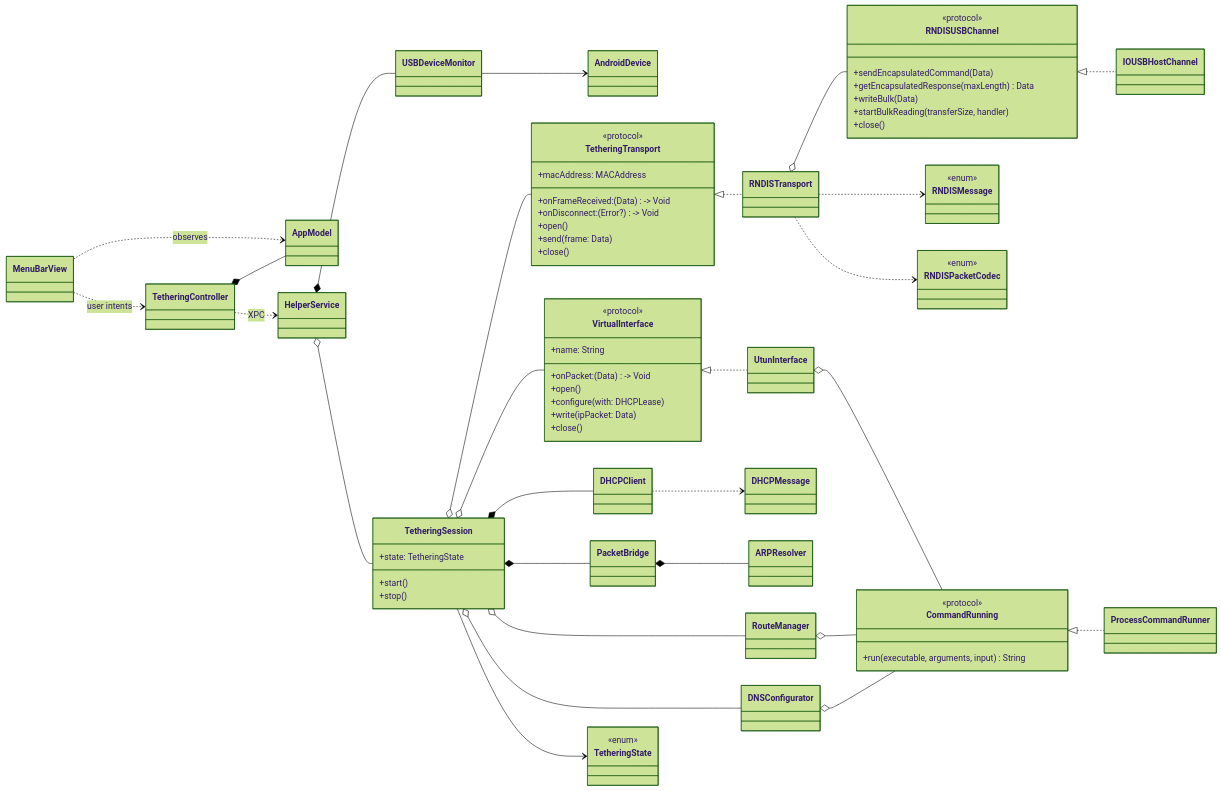
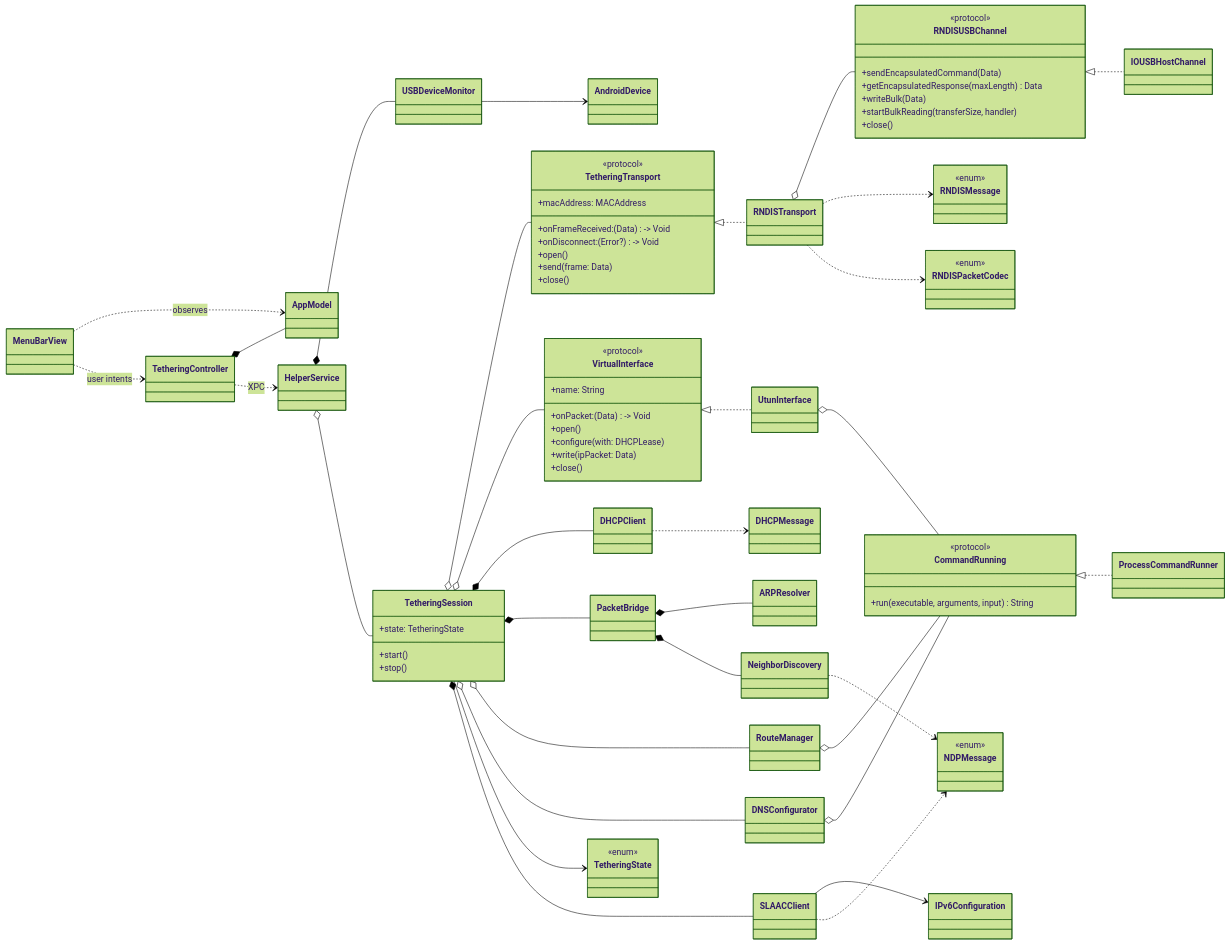
One commit to aedkymish/AndroidUSBTethering changed the diagram in docs/architecture.md. Above: the diagram before and after it, drawn with Mermaid (forest theme). The commit also changed other lines of this file and 20 other files, not shown here.

First line of the commit message:
Add IPv6 support (SLAAC, Neighbor Discovery, RDNSS)

```diff
--- a/docs/architecture.md
+++ b/docs/architecture.md
@@ -100,6 +113,12 @@
     }
     class PacketBridge
     class ARPResolver
+    class NeighborDiscovery
+    class SLAACClient
+    class IPv6Configuration
+    class NDPMessage {
+        <<enum>>
+    }
     class DHCPClient
     class DHCPMessage
     class RouteManager
@@ -128,6 +147,11 @@
     TetheringSession o-- DNSConfigurator
     TetheringSession --> TetheringState
     PacketBridge *-- ARPResolver
+    PacketBridge *-- NeighborDiscovery
+    TetheringSession *-- SLAACClient
+    SLAACClient --> IPv6Configuration
+    NeighborDiscovery ..> NDPMessage
+    SLAACClient ..> NDPMessage
     DHCPClient ..> DHCPMessage
     RouteManager o-- CommandRunning
     DNSConfigurator o-- CommandRunning
```
